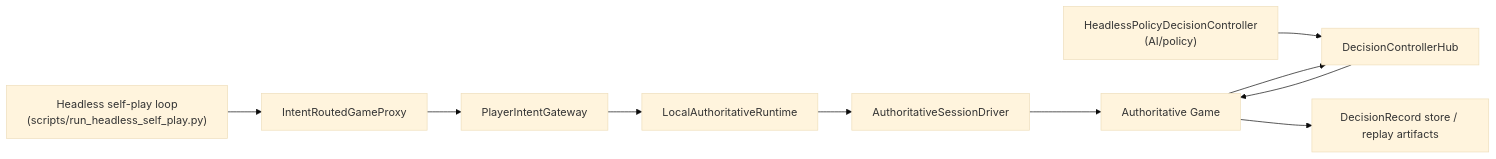
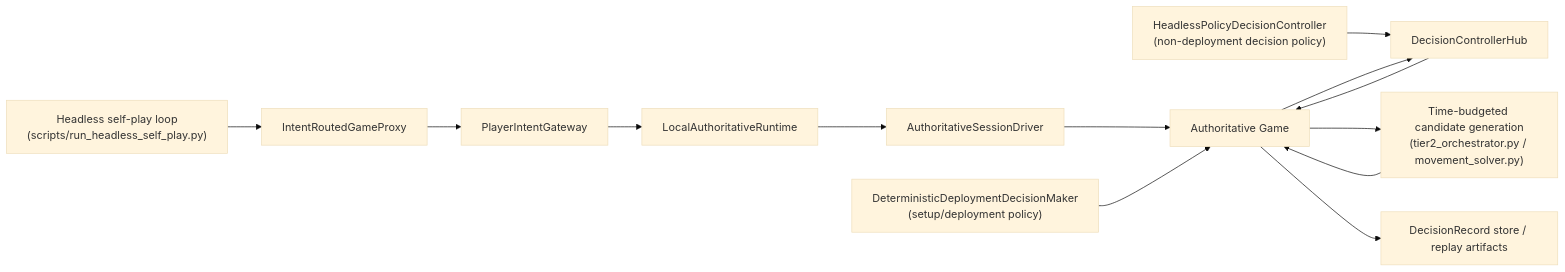
The third of 5 diagrams in docs/ARCHITECTURE.md (SobolGaming/Warhammer40k_AI), drawn with Mermaid (base theme) before and after one commit. The commit also changed other lines of this file and 2 other files, not shown here.

````diff
--- a/docs/ARCHITECTURE.md
+++ b/docs/ARCHITECTURE.md
@@ -73,12 +76,15 @@
 ```mermaid
 flowchart LR
   Loop["Headless self-play loop<br/>(scripts/run_headless_self_play.py)"] --> Proxy["IntentRoutedGameProxy"]
   Proxy --> Gateway["PlayerIntentGateway"]
   Gateway --> Runtime["LocalAuthoritativeRuntime"]
   Runtime --> Driver["AuthoritativeSessionDriver"]
   Driver --> Game["Authoritative Game"]
-  Policy["HeadlessPolicyDecisionController<br/>(AI/policy)"] --> Hub["DecisionControllerHub"]
+  Deploy["DeterministicDeploymentDecisionMaker<br/>(setup/deployment policy)"] --> Game
+  Policy["HeadlessPolicyDecisionController<br/>(non-deployment decision policy)"] --> Hub["DecisionControllerHub"]
   Hub --> Game
   Game --> Hub
+  Game --> Solver["Time-budgeted candidate generation<br/>(tier2_orchestrator.py / movement_solver.py)"]
+  Solver --> Game
   Game --> Records["DecisionRecord store / replay artifacts"]
 ```
````
